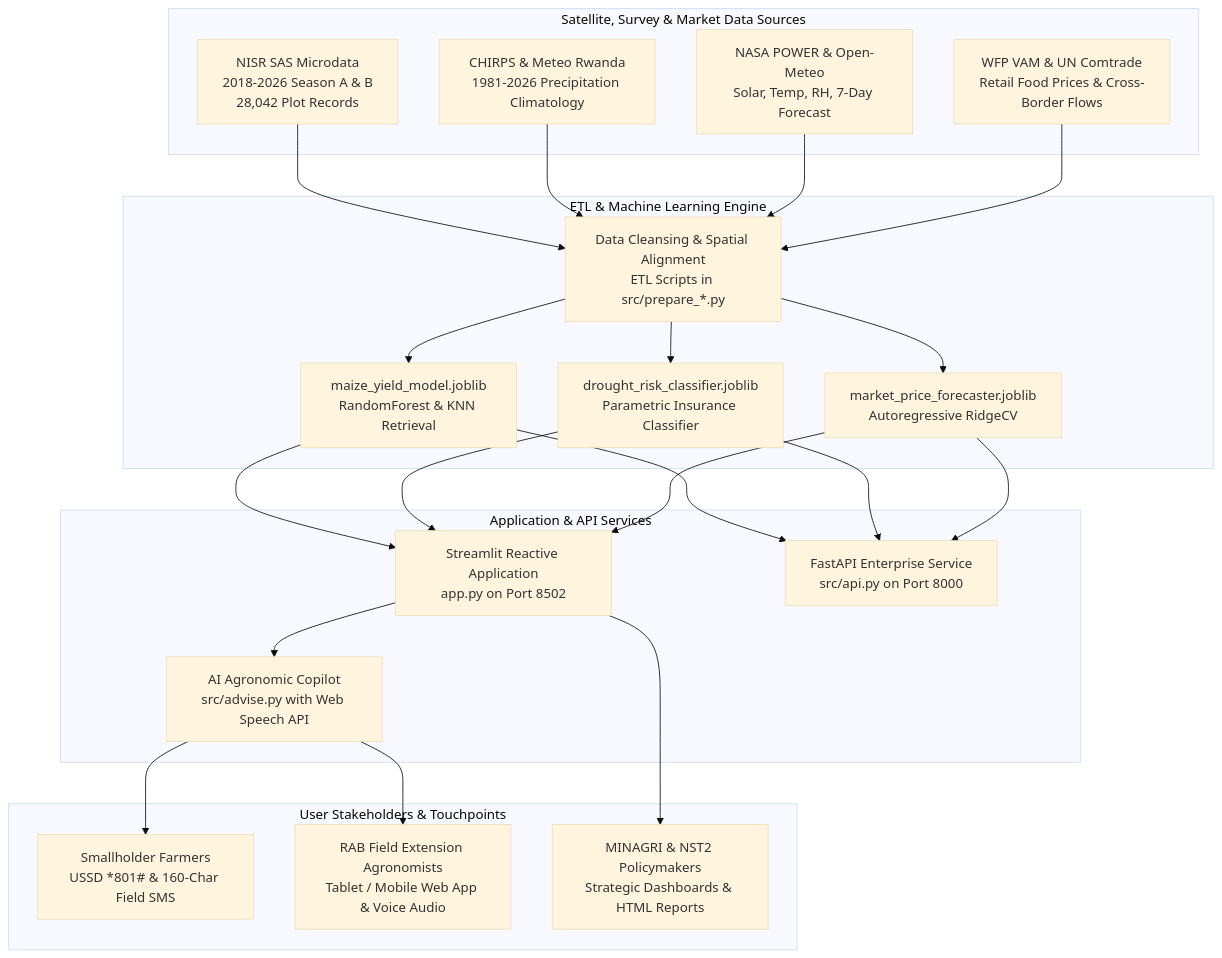
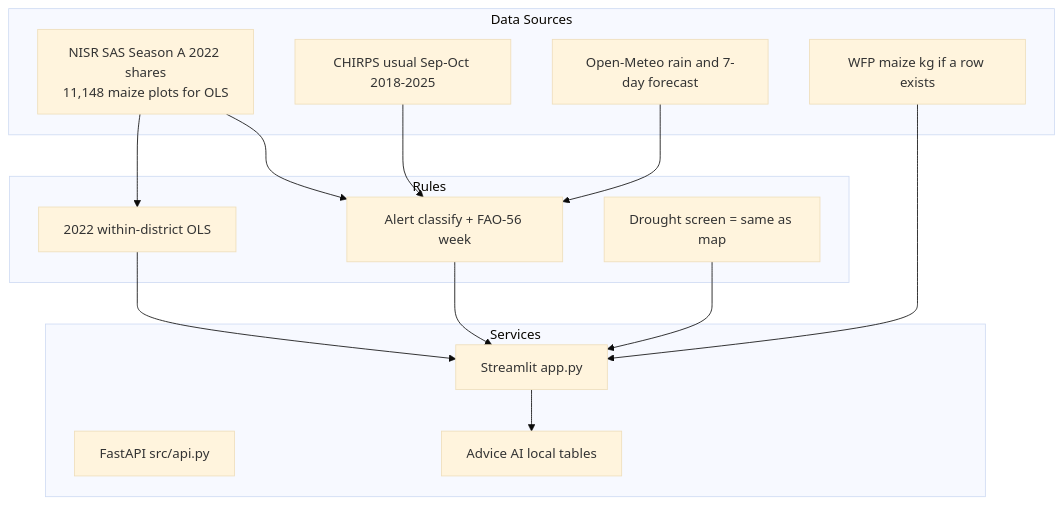
One commit to rahe12/CropWatch-Rwanda changed the diagram in docs/ARCHITECTURE.md. Above: the diagram before and after it, drawn with Mermaid (base theme). The commit also changed other lines of this file and 34 other files, not shown here.

First line of the commit message:
Add the NISR demo screen recording and publish an honest CropWatch desk.

````diff
--- a/docs/ARCHITECTURE.md
+++ b/docs/ARCHITECTURE.md
@@ -13,46 +13,28 @@
 ```mermaid
 flowchart TD
-    subgraph Data Sources [Satellite, Survey & Market Data Sources]
-        A1[NISR SAS Microdata\n2018-2026 Season A & B\n28,042 Plot Records]
-        A2[CHIRPS & Meteo Rwanda\n1981-2026 Precipitation Climatology]
-        A3[NASA POWER & Open-Meteo\nSolar, Temp, RH, 7-Day Forecast]
-        A4[WFP VAM & UN Comtrade\nRetail Food Prices & Cross-Border Flows]
+    subgraph Data Sources
+        A1[NISR SAS Season A 2022 shares\n11,148 maize plots for OLS]
+        A2[CHIRPS usual Sep-Oct 2018-2025]
+        A3[Open-Meteo rain and 7-day forecast]
+        A4[WFP maize kg if a row exists]
     end
-
-    subgraph Processing & Models [ETL & Machine Learning Engine]
-        B1[Data Cleansing & Spatial Alignment\nETL Scripts in src/prepare_*.py]
-        B2[maize_yield_model.joblib\nRandomForest & KNN Retrieval]
-        B3[drought_risk_classifier.joblib\nParametric Insurance Classifier]
-        B4[market_price_forecaster.joblib\nAutoregressive RidgeCV]
+    subgraph Rules
+        B1[Alert classify + FAO-56 week]
+        B2[2022 within-district OLS]
+        B3[Drought screen = same as map]
     end
-
-    subgraph Services [Application & API Services]
-        C1[Streamlit Reactive Application\napp.py on Port 8502]
-        C2[FastAPI Enterprise Service\nsrc/api.py on Port 8000]
-        C3[AI Agronomic Copilot\nsrc/advise.py with Web Speech API]
+    subgraph Services
+        C1[Streamlit app.py]
+        C2[FastAPI src/api.py]
+        C3[Advice AI local tables]
     end
-
-    subgraph Users [User Stakeholders & Touchpoints]
-        D1[Smallholder Farmers\nUSSD *801# & 160-Char Field SMS]
-        D2[RAB Field Extension Agronomists\nTablet / Mobile Web App & Voice Audio]
-        D3[MINAGRI & NST2 Policymakers\nStrategic Dashboards & HTML Reports]
-    end
-
     A1 --> B1
+    A1 --> B2
     A2 --> B1
     A3 --> B1
-    A4 --> B1
-    B1 --> B2
-    B1 --> B3
-    B1 --> B4
+    A4 --> C1
+    B1 --> C1
     B2 --> C1
     B3 --> C1
-    B4 --> C1
-    B2 --> C2
-    B3 --> C2
-    B4 --> C2
     C1 --> C3
-    C3 --> D1
-    C3 --> D2
-    C1 --> D3
 ```
````
